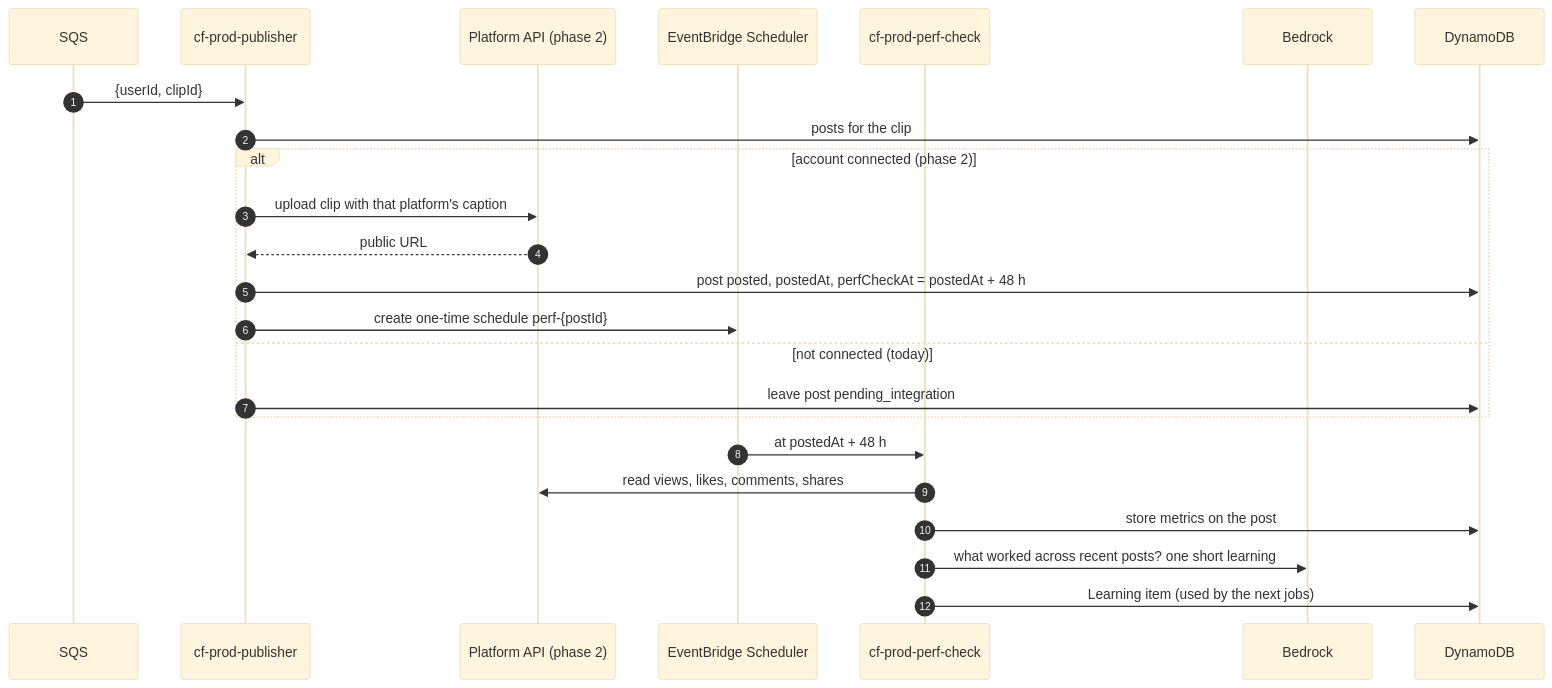
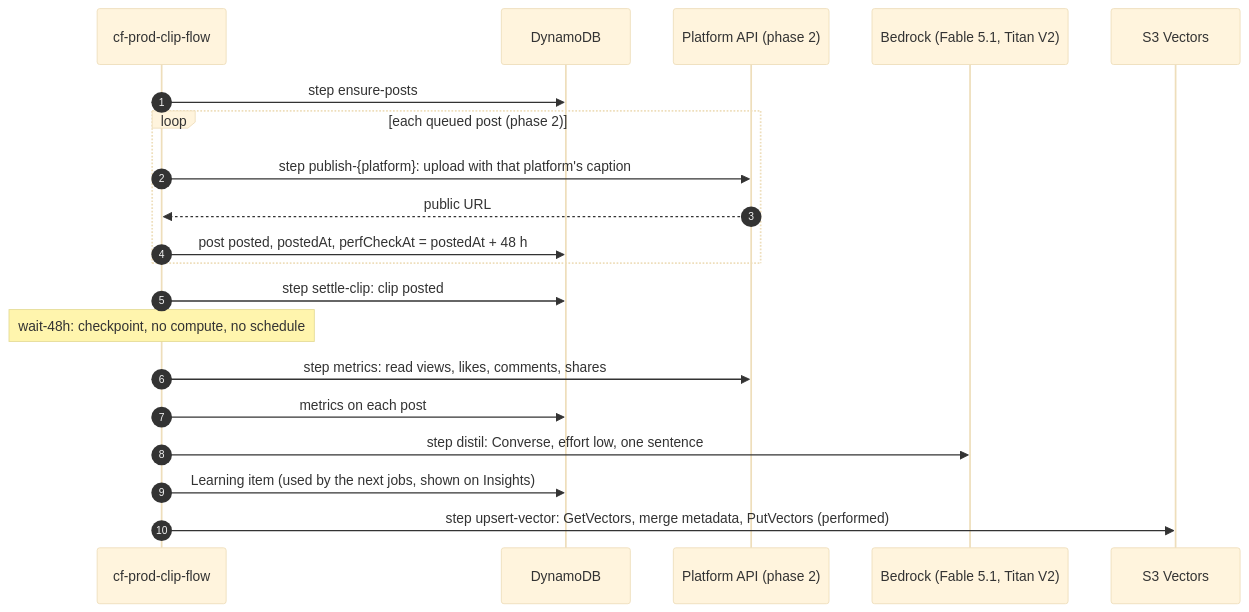
Before and after one commit to Lamo2real/clip-factory: the tenth of 14 diagrams in docs/ARCHITECTURE.md, drawn with Mermaid (base theme). The commit also changed other lines of this file and 10 other files, not shown here.

Commit message:
Document the serverless expansion and redraw the architecture

````diff
--- a/docs/ARCHITECTURE.md
+++ b/docs/ARCHITECTURE.md
@@ -181,26 +365,22 @@
 ```mermaid
 sequenceDiagram
   autonumber
-  participant Q as SQS
-  participant P as cf-prod-publisher
+  participant C as cf-prod-clip-flow
+  participant D as DynamoDB
   participant X as Platform API (phase 2)
-  participant E as EventBridge Scheduler
-  participant K as cf-prod-perf-check
-  participant B as Bedrock
-  participant D as DynamoDB
-  Q->>P: {userId, clipId}
-  P->>D: posts for the clip
-  alt account connected (phase 2)
-    P->>X: upload clip with that platform's caption
-    X-->>P: public URL
-    P->>D: post posted, postedAt, perfCheckAt = postedAt + 48 h
-    P->>E: create one-time schedule perf-{postId}
-  else not connected (today)
-    P->>D: leave post pending_integration
+  participant B as Bedrock (Fable 5.1, Titan V2)
+  participant V as S3 Vectors
+  C->>D: step ensure-posts
+  loop each queued post (phase 2)
+    C->>X: step publish-{platform}: upload with that platform's caption
+    X-->>C: public URL
+    C->>D: post posted, postedAt, perfCheckAt = postedAt + 48 h
   end
-  E->>K: at postedAt + 48 h
-  K->>X: read views, likes, comments, shares
-  K->>D: store metrics on the post
-  K->>B: what worked across recent posts? one short learning
-  K->>D: Learning item (used by the next jobs)
+  C->>D: step settle-clip: clip posted
+  Note over C: wait-48h: checkpoint, no compute, no schedule
+  C->>X: step metrics: read views, likes, comments, shares
+  C->>D: metrics on each post
+  C->>B: step distil: Converse, effort low, one sentence
+  C->>D: Learning item (used by the next jobs, shown on Insights)
+  C->>V: step upsert-vector: GetVectors, merge metadata, PutVectors (performed)
 ```
````
